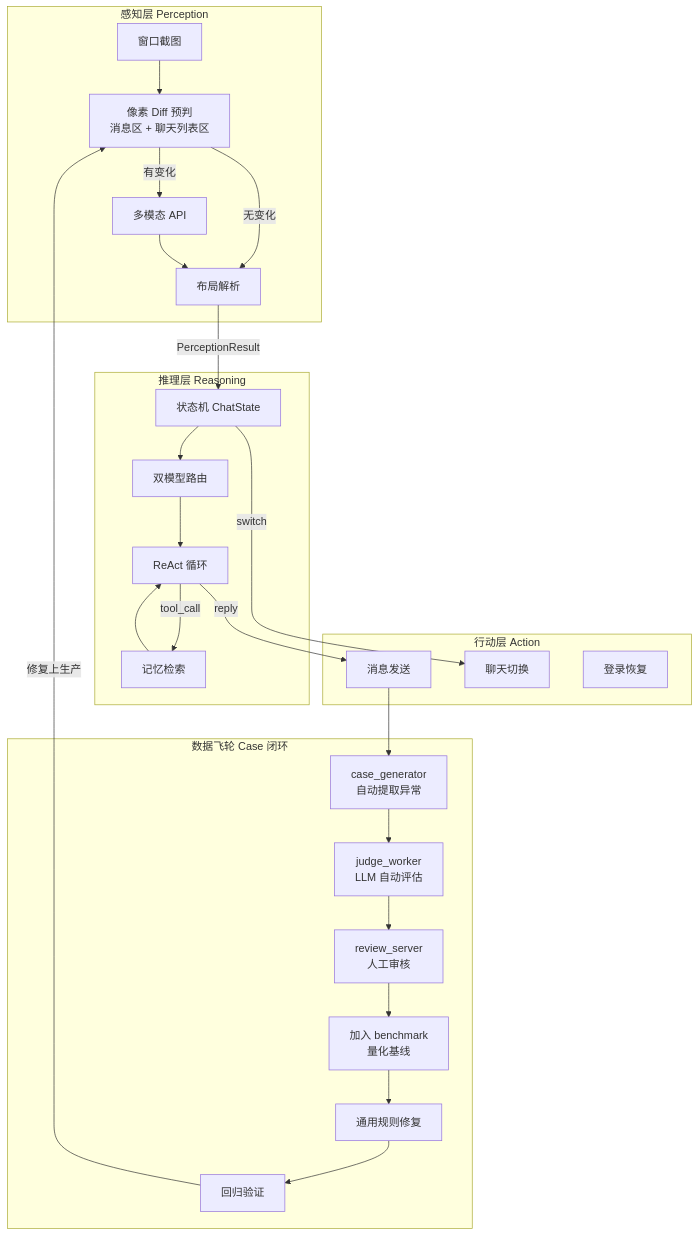
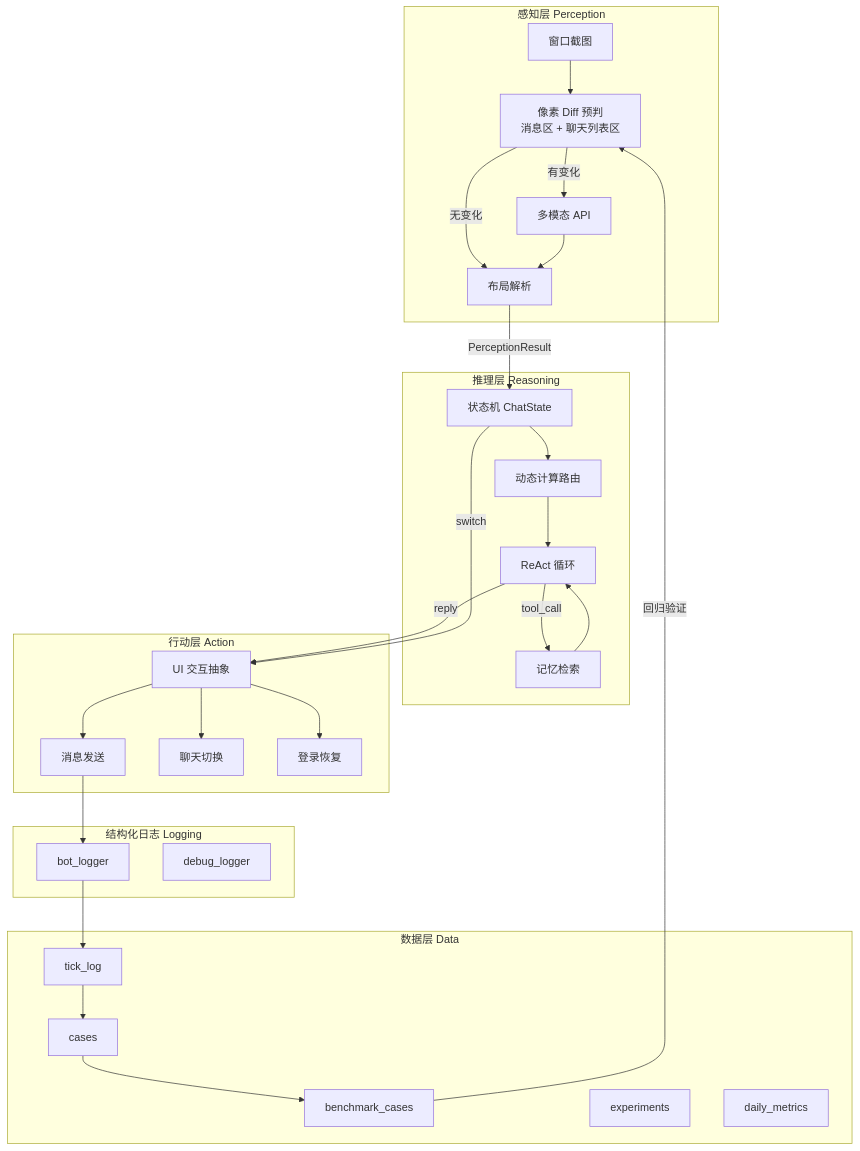
The first of 3 diagrams in README.md (899ms/wechat-mac-rpa), drawn with Mermaid before and after one commit. The commit also changed other lines of this file, not shown here.

First line of the commit message:
docs: 根据代码重写 README 架构图与数据飞轮，同步实际模块

````diff
--- a/README.md
+++ b/README.md
@@ -11,46 +11,56 @@
 ```mermaid
 graph TB
     subgraph Perception["感知层 Perception"]
         P1["窗口截图"]
         P2["像素 Diff 预判<br/>消息区 + 聊天列表区"]
         P3["多模态 API"]
         P4["布局解析"]
     end
 
     subgraph Reasoning["推理层 Reasoning"]
         R1["状态机 ChatState"]
-        R2["双模型路由"]
+        R2["动态计算路由"]
         R3["ReAct 循环"]
         R4["记忆检索"]
     end
 
     subgraph Action["行动层 Action"]
-        A1["消息发送"]
-        A2["聊天切换"]
-        A3["登录恢复"]
+        A1["UI 交互抽象"]
+        A2["消息发送"]
+        A3["聊天切换"]
+        A4["登录恢复"]
     end
 
-    subgraph Flywheel["数据飞轮 Case 闭环"]
-        F1["case_generator<br/>自动提取异常"]
-        F2["judge_worker<br/>LLM 自动评估"]
-        F3["review_server<br/>人工审核"]
-        F4["加入 benchmark<br/>量化基线"]
-        F5["通用规则修复"]
-        F6["回归验证"]
+    subgraph Logging["结构化日志 Logging"]
+        L1["bot_logger"]
+        L2["debug_logger"]
+    end
+
+    subgraph Data["数据层 Data"]
+        D1["tick_log"]
+        D2["cases"]
+        D3["benchmark_cases"]
+        D4["experiments"]
+        D5["daily_metrics"]
     end
 
     P1 --> P2
     P2 -->|有变化| P3
     P2 -->|无变化| P4
     P3 --> P4
     P4 -->|PerceptionResult| R1
     R1 --> R2
     R2 --> R3
     R3 -->|tool_call| R4
     R4 --> R3
     R3 -->|reply| A1
-    R1 -->|switch| A2
-    A1 --> F1
-    F1 --> F2 --> F3 --> F4 --> F5 --> F6
-    F6 -->|修复上生产| P2
+    R1 -->|switch| A1
+    A1 --> A2
+    A1 --> A3
+    A1 --> A4
+    A2 --> L1
+    L1 --> D1
+    D1 --> D2
+    D2 --> D3
+    D3 -->|回归验证| P2
 ```
````
